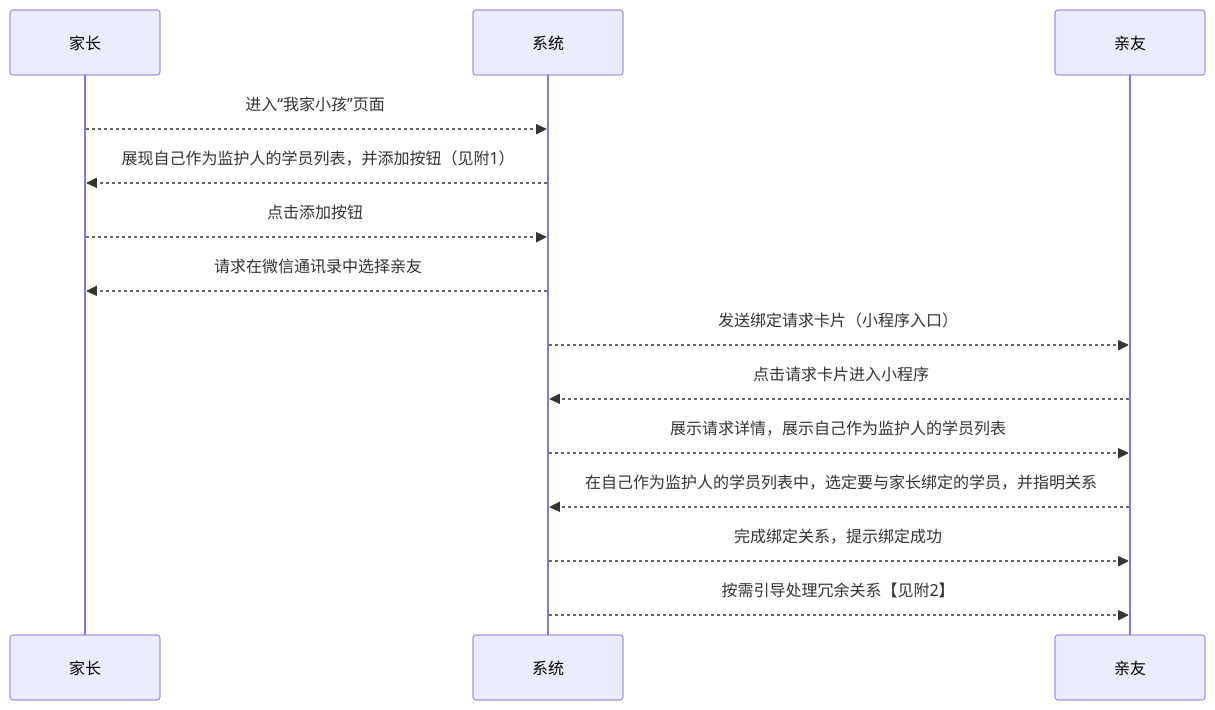
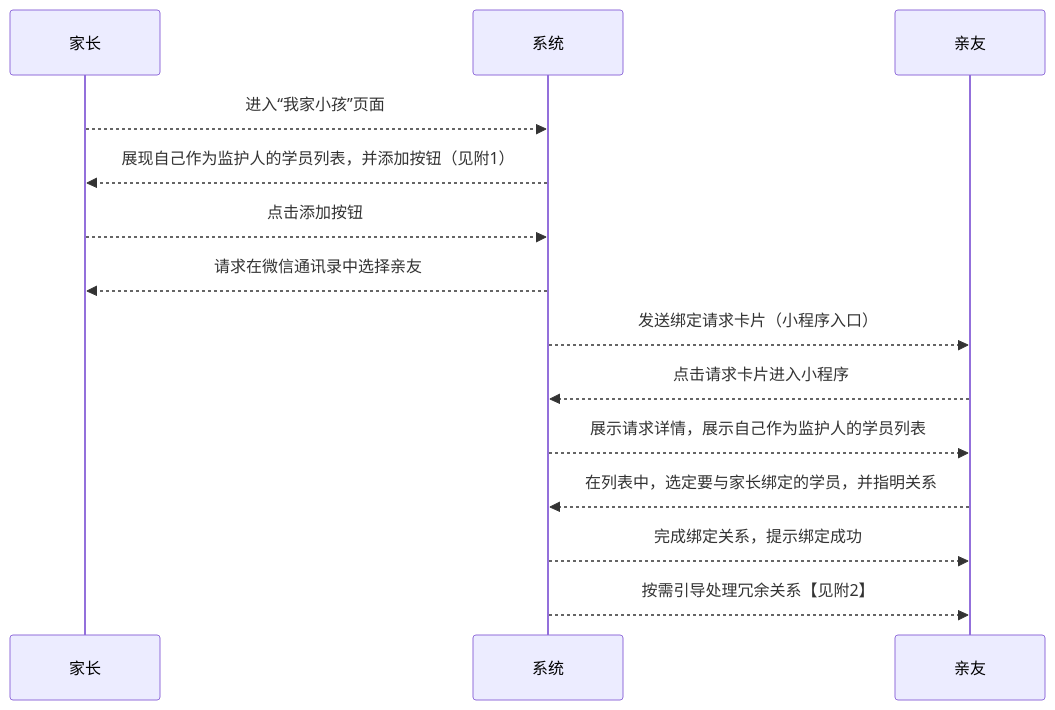
One commit to world-wide-web/sign changed the second of 2 diagrams in 用例/家长-学员关系绑定.md. Above: the diagram before and after it, drawn with Mermaid. The commit also changed other lines of this file, not shown here.

````diff
--- a/用例/家长-学员关系绑定.md
+++ b/用例/家长-学员关系绑定.md
@@ -41,24 +41,24 @@
 ```mermaid
 sequenceDiagram
 
 家长-->>系统: 进入“我家小孩”页面
 
 系统-->>家长: 展现自己作为监护人的学员列表，并添加按钮（见附1）
 
 家长-->>系统: 点击添加按钮
 
 系统-->>家长: 请求在微信通讯录中选择亲友
 
 系统-->>亲友: 发送绑定请求卡片（小程序入口）
 
 亲友-->>系统: 点击请求卡片进入小程序
 
 系统-->>亲友: 展示请求详情，展示自己作为监护人的学员列表
 
-亲友-->>系统: 在自己作为监护人的学员列表中，选定要与家长绑定的学员，并指明关系
+亲友-->>系统: 在列表中，选定要与家长绑定的学员，并指明关系
 
 系统-->>亲友: 完成绑定关系，提示绑定成功
 
 系统-->>亲友: 按需引导处理冗余关系【见附2】
 
 ```
````
